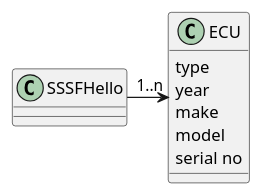
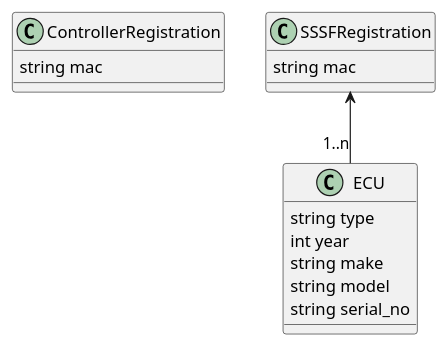
Before and after one commit to SystemsCyber/Software-Defined-Truck: the diagram in Doc/Paper/images/connection_setup_structure.wsd, drawn with PlantUML. The commit also changed 19 other files, not shown here.

```diff
--- a/Doc/Paper/images/connection_setup_structure.wsd
+++ b/Doc/Paper/images/connection_setup_structure.wsd
@@ -1,13 +1,20 @@
 @startuml
+
+class ControllerRegistration{
+    string mac
+}
+
+class SSSFRegistration{
+    string mac
+}
+
 class ECU{
-    type
-    year
-    make
-    model
-    serial no
+    string type
+    int year
+    string make
+    string model
+    string serial_no
 }
-class SSSFHello{
 
-}
-SSSFHello ->"1..n" ECU
+SSSFRegistration <-d-"1..n" ECU
 @enduml
```
